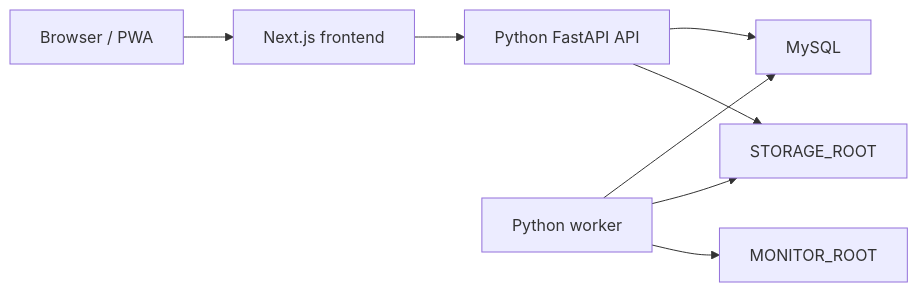
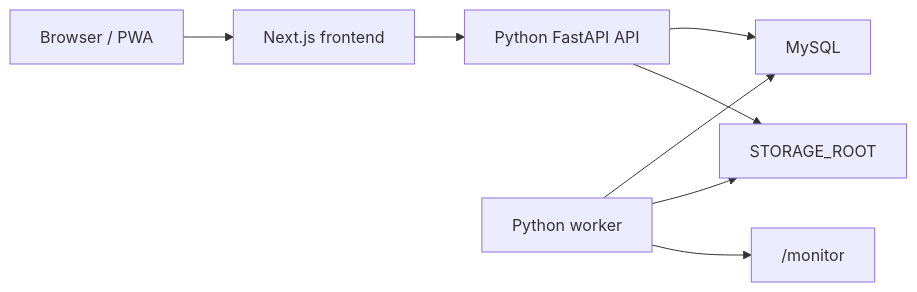
Before and after one commit to GMD170629/shuku-starship: the diagram in docs/python-backend-migration.md, drawn with Mermaid. The commit also changed other lines of this file and 164 other files, not shown here.

````diff
--- a/docs/python-backend-migration.md
+++ b/docs/python-backend-migration.md
@@ -25,10 +14,10 @@
 ```mermaid
 flowchart LR
   Browser["Browser / PWA"] --> Web["Next.js frontend"]
   Web --> Api["Python FastAPI API"]
   Worker["Python worker"] --> DB["MySQL"]
   Api --> DB
   Api --> Storage["STORAGE_ROOT"]
   Worker --> Storage
-  Worker --> Monitor["MONITOR_ROOT"]
+  Worker --> Monitor["/monitor"]
 ```
````
